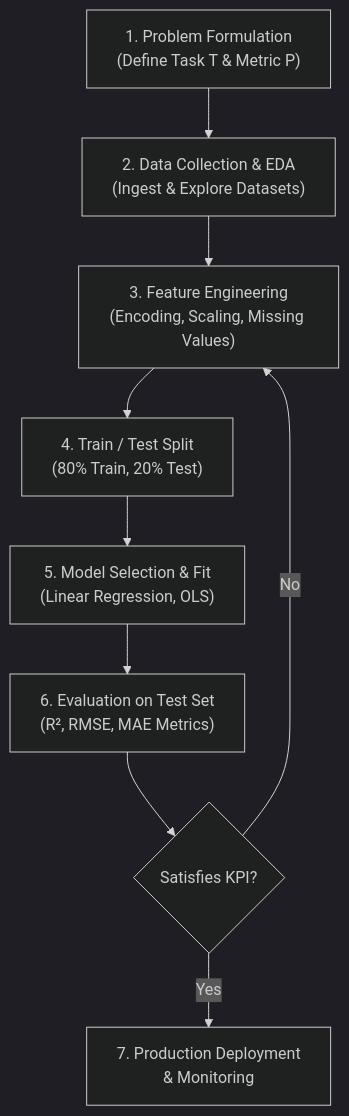
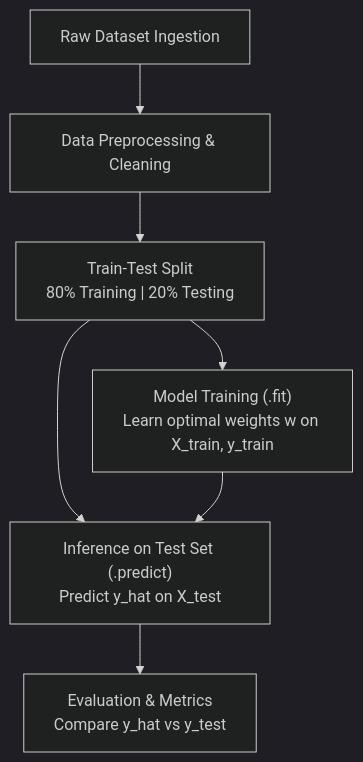
The diagram in lecture_23/Notes_23.04/README.md (S1h2i3v4a/AI_ML), drawn with Mermaid (dark theme) before and after one commit. The commit also changed other lines of this file and 156 other files, not shown here.

Commit message:
docs(lectures 22-24): align notes with video lectures, add blackboard diagrams, clean structured functions, and compile vector PDFs

````diff
--- a/lecture_23/Notes_23.04/README.md
+++ b/lecture_23/Notes_23.04/README.md
@@ -15,11 +10,9 @@
 ```mermaid
 flowchart TD
-    S1["1. Problem Formulation<br>(Define Task T & Metric P)"] --> S2["2. Data Collection & EDA<br>(Ingest & Explore Datasets)"]
-    S2 --> S3["3. Feature Engineering<br>(Encoding, Scaling, Missing Values)"]
-    S3 --> S4["4. Train / Test Split<br>(80% Train, 20% Test)"]
-    S4 --> S5["5. Model Selection & Fit<br>(Linear Regression, OLS)"]
-    S5 --> S6["6. Evaluation on Test Set<br>(R², RMSE, MAE Metrics)"]
-    S6 --> S7{"Satisfies KPI?"}
-    S7 -- No --> S3
-    S7 -- Yes --> S8["7. Production Deployment<br>& Monitoring"]
+    Raw["Raw Dataset Ingestion"] --> Clean["Data Preprocessing & Cleaning"]
+    Clean --> Split["Train-Test Split<br/>80% Training | 20% Testing"]
+    Split --> Train["Model Training (.fit)<br/>Learn optimal weights w on X_train, y_train"]
+    Split --> Test["Inference on Test Set (.predict)<br/>Predict y_hat on X_test"]
+    Train --> Test
+    Test --> Eval["Evaluation & Metrics<br/>Compare y_hat vs y_test"]
 ```
````
